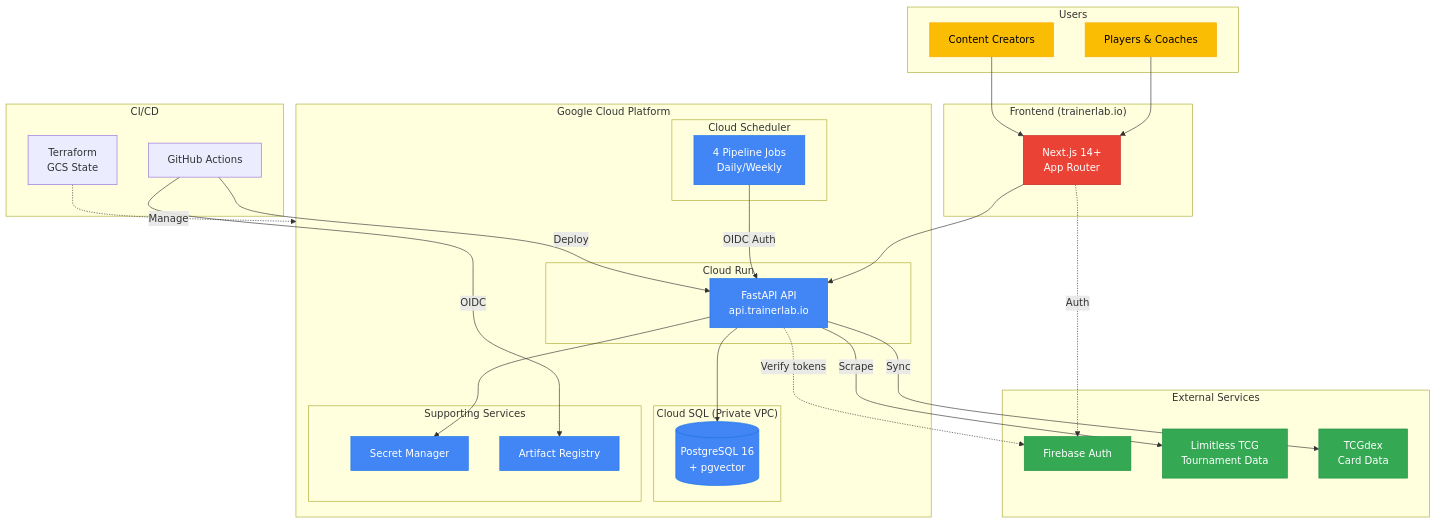
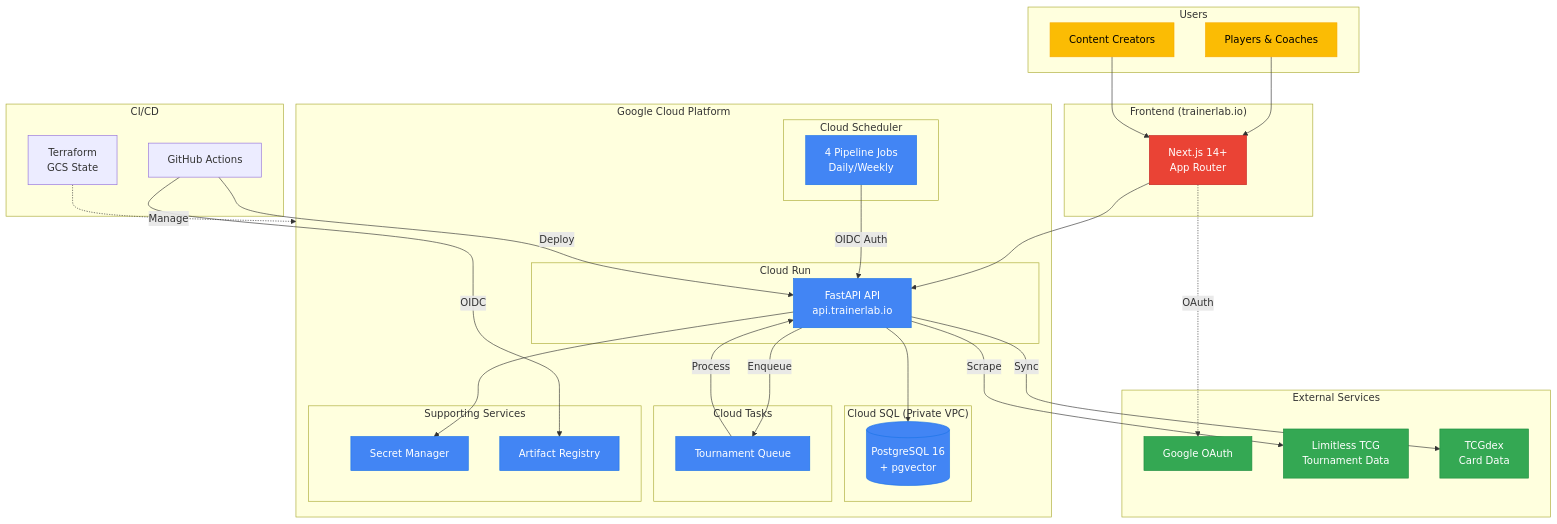
One commit to dtsong/trainerlab changed the diagram in docs/architecture/SYSTEM_OVERVIEW.md. Above: the diagram before and after it, drawn with Mermaid. The commit also changed other lines of this file and 6 other files, not shown here.

Commit message:
docs: update architecture diagrams and fix stale Firebase/status references

````diff
--- a/docs/architecture/SYSTEM_OVERVIEW.md
+++ b/docs/architecture/SYSTEM_OVERVIEW.md
@@ -11,73 +11,78 @@
 ```mermaid
 flowchart TB
     subgraph Users["Users"]
         Player["Players & Coaches"]
         Creator["Content Creators"]
     end
 
     subgraph Frontend["Frontend (trainerlab.io)"]
         Web["Next.js 14+<br/>App Router"]
     end
 
     subgraph GCP["Google Cloud Platform"]
         subgraph CloudRun["Cloud Run"]
             API["FastAPI API<br/>api.trainerlab.io"]
         end
 
         subgraph CloudSQL["Cloud SQL (Private VPC)"]
             DB[("PostgreSQL 16<br/>+ pgvector")]
         end
 
         subgraph Scheduler["Cloud Scheduler"]
             Jobs["4 Pipeline Jobs<br/>Daily/Weekly"]
         end
 
+        subgraph CloudTasks["Cloud Tasks"]
+            Queue["Tournament Queue"]
+        end
+
         subgraph Supporting["Supporting Services"]
             Secrets["Secret Manager"]
             Registry["Artifact Registry"]
         end
     end
 
     subgraph External["External Services"]
-        Firebase["Firebase Auth"]
+        Google["Google OAuth"]
         Limitless["Limitless TCG<br/>Tournament Data"]
         TCGdex["TCGdex<br/>Card Data"]
     end
 
     subgraph CICD["CI/CD"]
         GitHub["GitHub Actions"]
         Terraform["Terraform<br/>GCS State"]
     end
 
     %% User flows
     Player --> Web
     Creator --> Web
     Web --> API
-    Web -.->|"Auth"| Firebase
+    Web -.->|"OAuth"| Google
 
     %% API connections
     API --> DB
     API --> Secrets
-    API -.->|"Verify tokens"| Firebase
+    API -->|"Enqueue"| Queue
+    Queue -->|"Process"| API
     API -->|"Scrape"| Limitless
     API -->|"Sync"| TCGdex
 
     %% Scheduler
     Jobs -->|"OIDC Auth"| API
 
     %% CI/CD
     GitHub -->|"OIDC"| Registry
     GitHub -->|"Deploy"| API
     Terraform -.->|"Manage"| GCP
 
     %% Styling
     classDef gcp fill:#4285f4,stroke:#1a73e8,color:#fff
     classDef external fill:#34a853,stroke:#1e8e3e,color:#fff
     classDef user fill:#fbbc04,stroke:#f9ab00,color:#000
     classDef frontend fill:#ea4335,stroke:#c5221f,color:#fff
 
-    class API,DB,Jobs,Secrets,Registry gcp
-    class Firebase,Limitless,TCGdex external
+    class API,DB,Jobs,Secrets,Registry,Queue gcp
+    class Google,Limitless,TCGdex external
     class Player,Creator user
     class Web frontend
 ```
````
